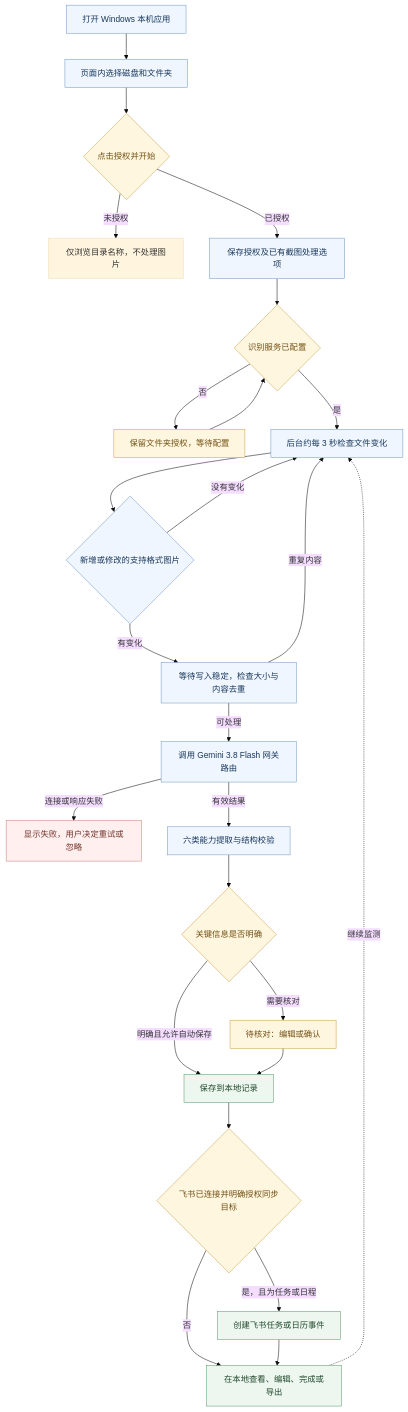
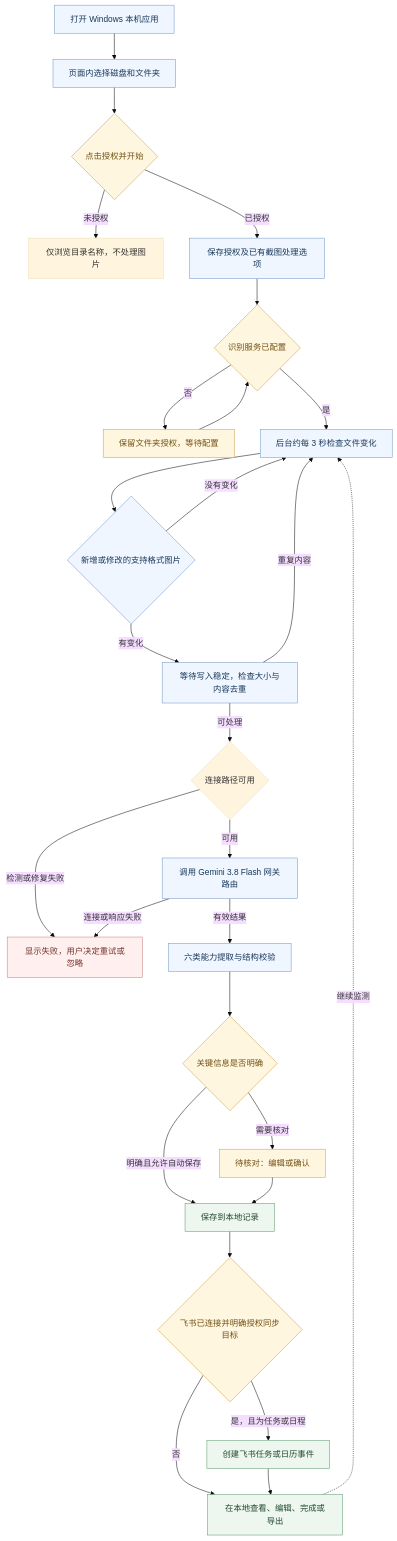
One commit to dieuthanhdo1-star/SnapFlow_Agent changed the diagram in README.md. Above: the diagram before and after it, drawn with Mermaid (base theme). The commit also changed other lines of this file and 28 other files, not shown here.

````diff
--- a/README.md
+++ b/README.md
@@ -38,36 +40,38 @@
 ```mermaid
 flowchart TD
     A[打开 Windows 本机应用] --> B[页面内选择磁盘和文件夹]
     B --> C{点击授权并开始}
     C -->|未授权| D[仅浏览目录名称，不处理图片]
     C -->|已授权| E[保存授权及已有截图处理选项]
     E --> F{识别服务已配置}
     F -->|否| G[保留文件夹授权，等待配置]
     G --> F
     F -->|是| H[后台约每 3 秒检查文件变化]
     H --> I{新增或修改的支持格式图片}
     I -->|没有变化| H
     I -->|有变化| J[等待写入稳定，检查大小与内容去重]
     J -->|重复内容| H
-    J -->|可处理| K[调用 Gemini 3.8 Flash 网关路由]
+    J -->|可处理| K0{连接路径可用}
+    K0 -->|检测或修复失败| L
+    K0 -->|可用| K[调用 Gemini 3.8 Flash 网关路由]
     K -->|连接或响应失败| L[显示失败，用户决定重试或忽略]
     K -->|有效结果| M[六类能力提取与结构校验]
     M --> N{关键信息是否明确}
     N -->|明确且允许自动保存| O[保存到本地记录]
     N -->|需要核对| P[待核对：编辑或确认]
     P --> O
     O --> Q{飞书已连接并明确授权同步目标}
     Q -->|是，且为任务或日程| R[创建飞书任务或日历事件]
     Q -->|否| S[在本地查看、编辑、完成或导出]
     R --> S
     S -.继续监测.-> H
 
     classDef normal fill:#eff6ff,stroke:#7397c6,color:#19375a;
     classDef success fill:#edf7ef,stroke:#5b9b6d,color:#20482c;
     classDef attention fill:#fff6df,stroke:#cba04c,color:#705014;
     classDef error fill:#fff0ef,stroke:#c78179,color:#74342b;
     class A,B,E,H,I,J,K,M normal;
     class O,R,S success;
     class C,F,G,N,P,Q attention;
     class L error;
 ```
````
